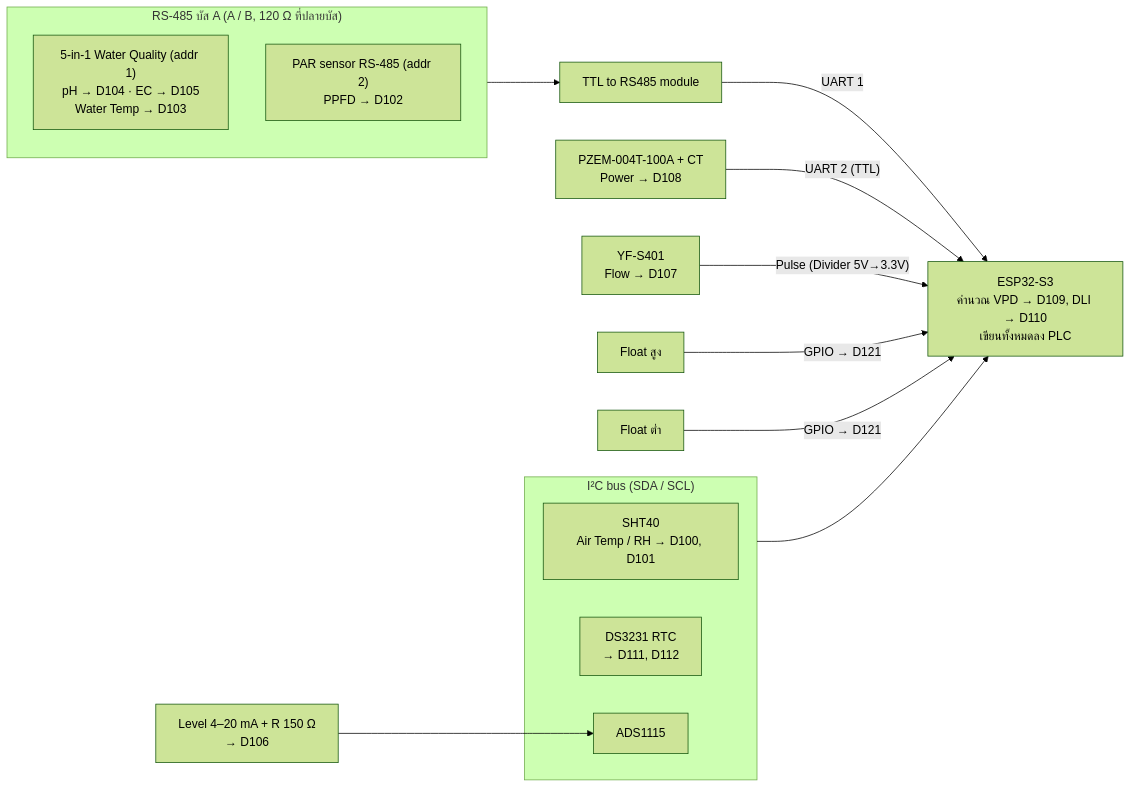
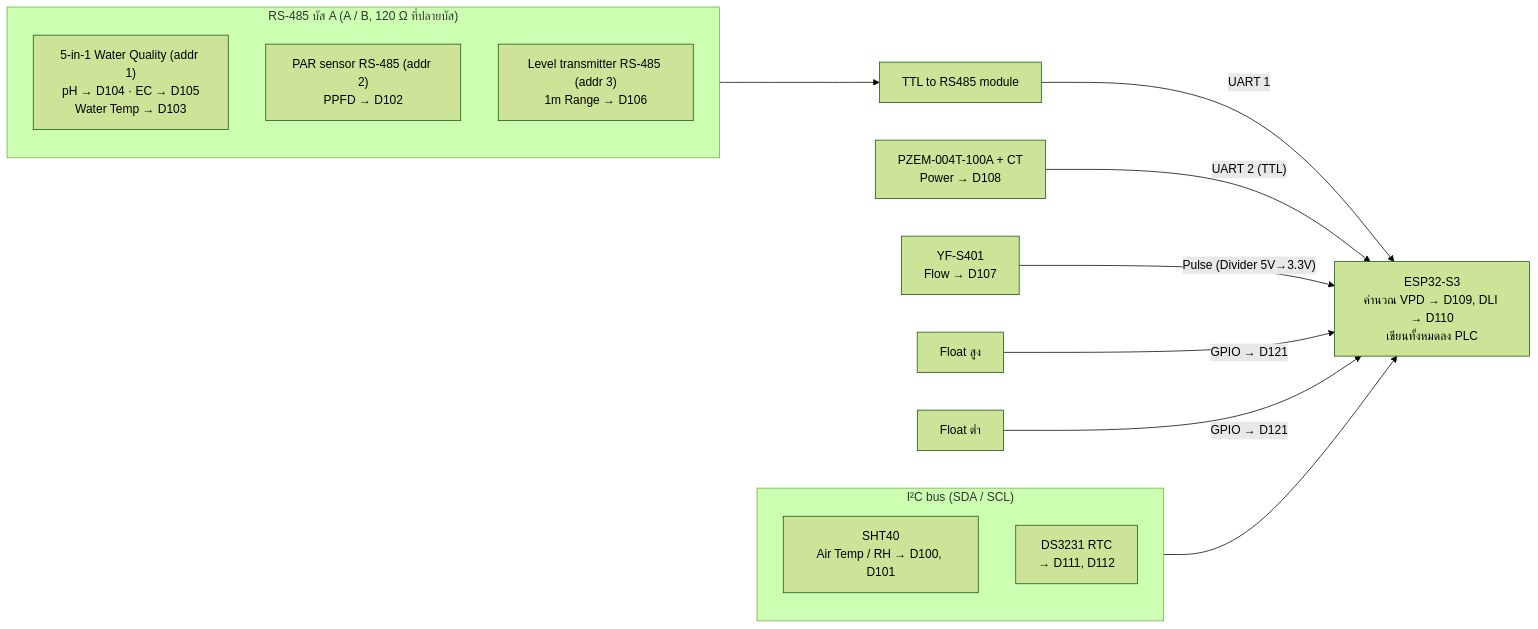
The second of 4 diagrams in docs/HARDWARE-FLOW.md (aplab-workshop/green-oak-plant-lab), drawn with Mermaid (forest theme) before and after one commit. The commit also changed other lines of this file and 4 other files, not shown here.

Commit message:
docs(hw): water level on RS-485 (hydrostatic 1 m), drop ADS1115

````diff
--- a/docs/HARDWARE-FLOW.md
+++ b/docs/HARDWARE-FLOW.md
@@ -39,23 +39,22 @@
 ```mermaid
 flowchart LR
     subgraph BUSA["RS-485 บัส A (A / B, 120 Ω ที่ปลายบัส)"]
         WQ["5-in-1 Water Quality (addr 1)<br/>pH → D104 · EC → D105<br/>Water Temp → D103"]
         PAR["PAR sensor RS-485 (addr 2)<br/>PPFD → D102"]
+        LVL["Level transmitter RS-485 (addr 3)<br/>1m Range → D106"]
     end
     BUSA --> RS485["TTL to RS485 module"]
 
     subgraph I2C["I²C bus (SDA / SCL)"]
         SHT["SHT40<br/>Air Temp / RH → D100, D101"]
         RTC["DS3231 RTC<br/>→ D111, D112"]
-        ADC["ADS1115"]
     end
-    LVL["Level 4–20 mA + R 150 Ω<br/>→ D106"] --> ADC
 
     MCU["ESP32-S3<br/>คำนวณ VPD → D109, DLI → D110<br/>เขียนทั้งหมดลง PLC"]
     RS485 -- "UART 1" --> MCU
     PZEM["PZEM-004T-100A + CT<br/>Power → D108"] -- "UART 2 (TTL)" --> MCU
     I2C --> MCU
     FLOW["YF-S401<br/>Flow → D107"] -- "Pulse (Divider 5V→3.3V)" --> MCU
     FLH["Float สูง"] -- "GPIO → D121" --> MCU
     FLL["Float ต่ำ"] -- "GPIO → D121" --> MCU
 ```
````
